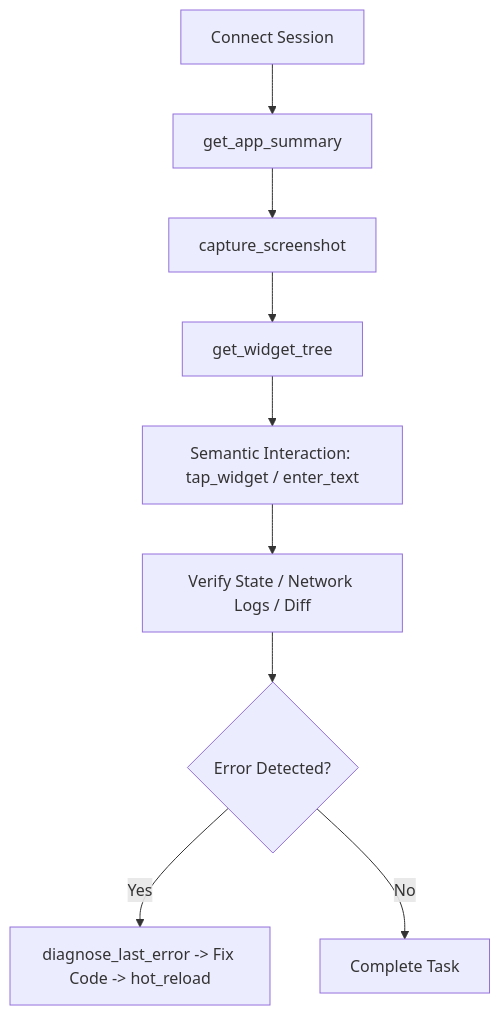
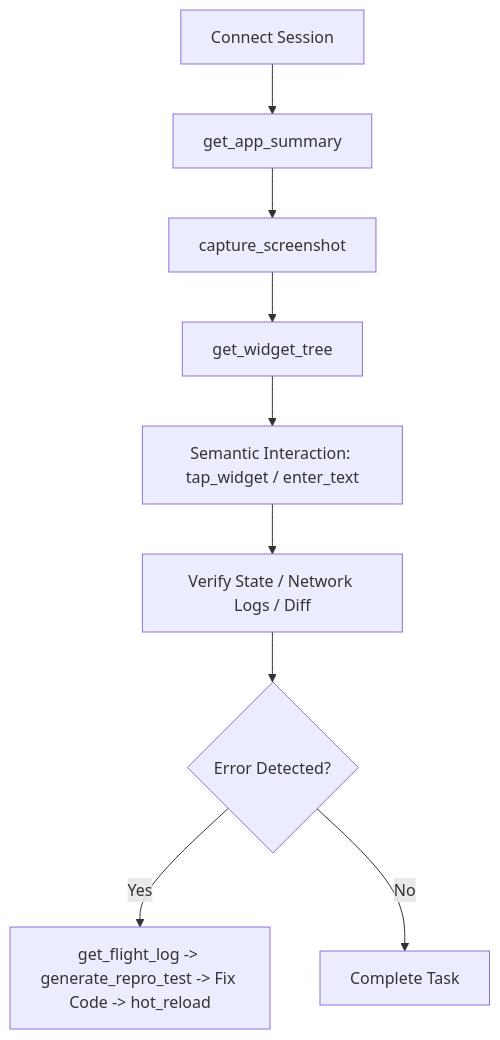
The diagram in skills/flutterpilot/SKILL.md (abugeek/FlutterPilot), drawn with Mermaid before and after one commit. The commit also changed other lines of this file and 8 other files, not shown here.

Commit message:
feat: implement continuous Crash Flight Recorder and repro_test.dart test generator (Phase 2)

````diff
--- a/skills/flutterpilot/SKILL.md
+++ b/skills/flutterpilot/SKILL.md
@@ -21,11 +22,11 @@
 ```mermaid
 flowchart TD
     A[Connect Session] --> B[get_app_summary]
     B --> C[capture_screenshot]
     C --> D[get_widget_tree]
     D --> E[Semantic Interaction: tap_widget / enter_text]
     E --> F[Verify State / Network Logs / Diff]
     F --> G{Error Detected?}
-    G -- Yes --> H[diagnose_last_error -> Fix Code -> hot_reload]
+    G -- Yes --> H[get_flight_log -> generate_repro_test -> Fix Code -> hot_reload]
     G -- No --> I[Complete Task]
 ```
````
